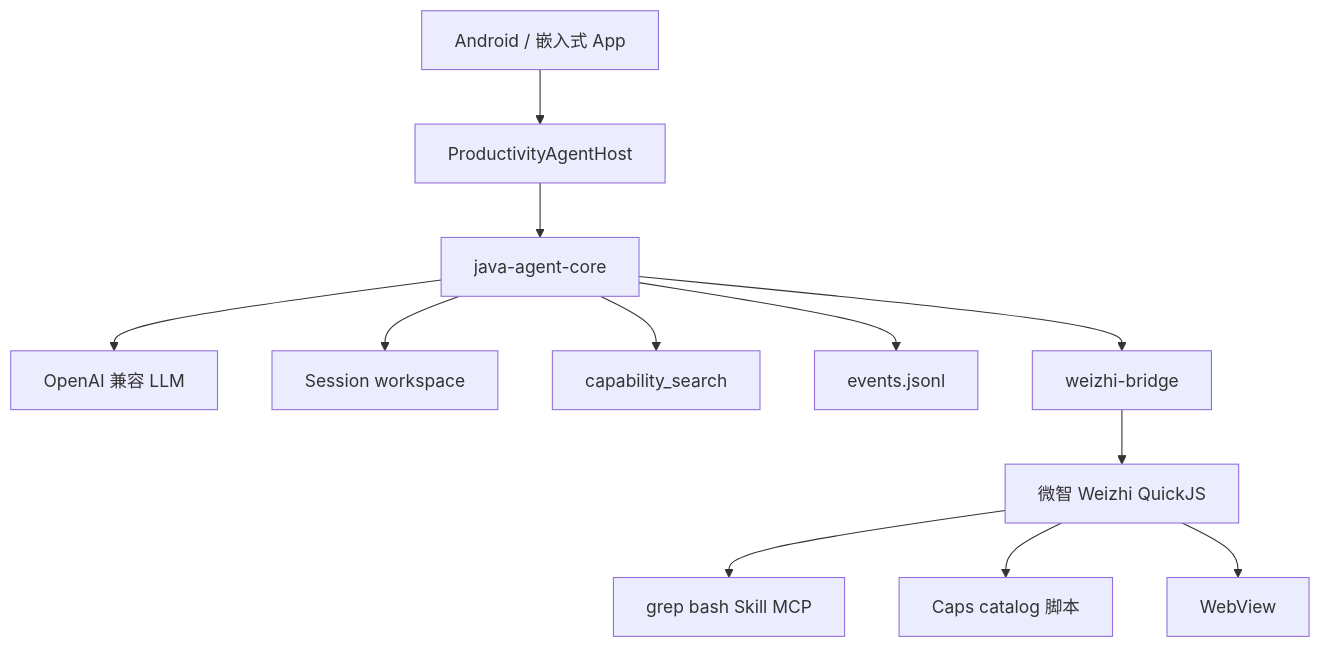
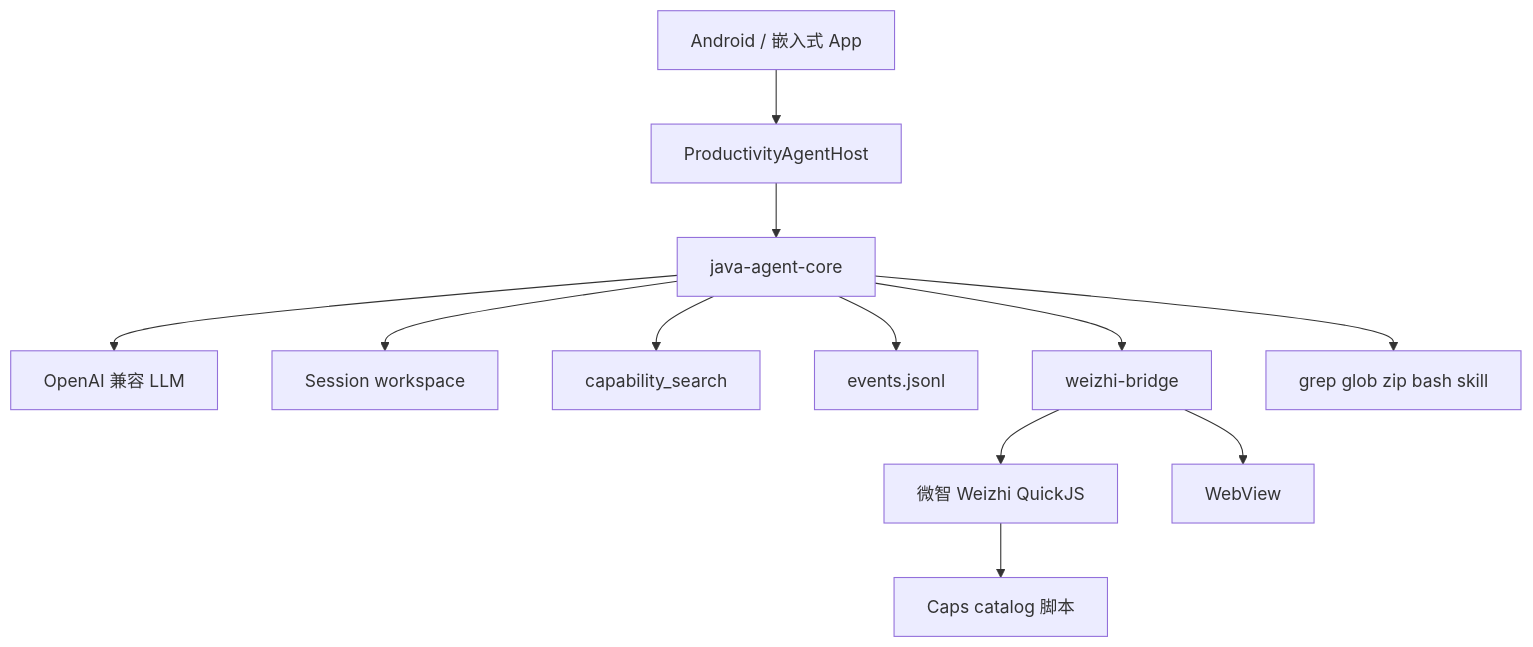
One commit to fengshihao/agent1 changed the diagram in README.md. Above: the diagram before and after it, drawn with Mermaid. The commit also changed other lines of this file and 43 other files, not shown here.

````diff
--- a/README.md
+++ b/README.md
@@ -185,15 +187,15 @@
 ```mermaid
 flowchart TB
   Host[Android / 嵌入式 App]
   Host --> Gateway[ProductivityAgentHost]
   Gateway --> Core[java-agent-core]
   Core --> LLM[OpenAI 兼容 LLM]
   Core --> WS[Session workspace]
   Core --> Search[capability_search]
   Core --> Audit[events.jsonl]
   Core --> Bridge[weizhi-bridge]
   Bridge --> WZ[微智 Weizhi QuickJS]
-  WZ --> Tools[grep bash Skill MCP]
+  Core --> JavaTools[grep glob zip bash skill]
   WZ --> Cap[Caps catalog 脚本]
-  WZ --> WV[WebView]
+  Bridge --> WV[WebView]
 ```
````
